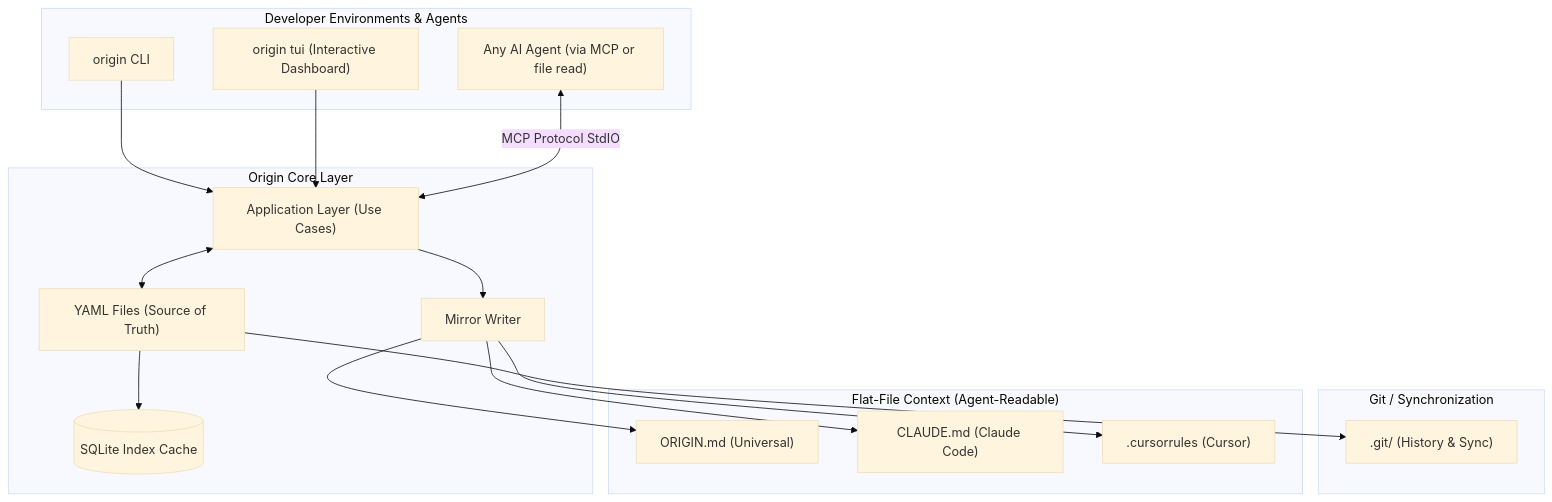
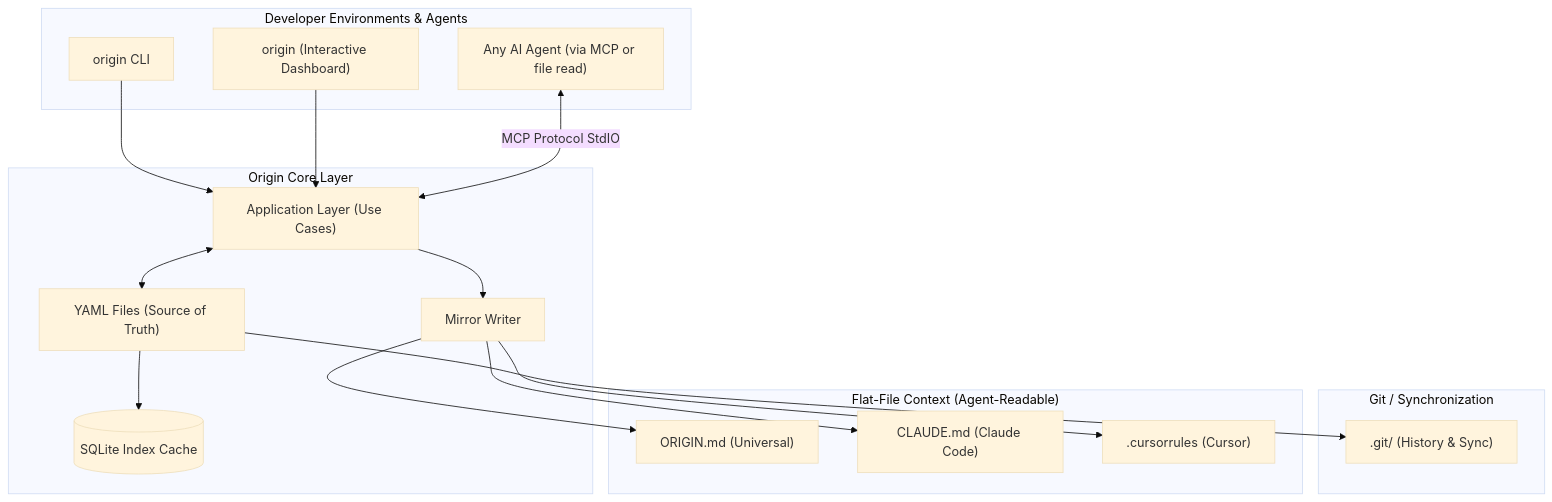
The first of 2 diagrams in README.md (sohmxdd/Origin), drawn with Mermaid (base theme) before and after one commit. The commit also changed other lines of this file, not shown here.

Commit message:
docs: update README.md with v2 TUI architecture, new keybindings, and improved emojis

````diff
--- a/README.md
+++ b/README.md
@@ -17,36 +17,36 @@
 ```mermaid
 graph TD
     subgraph Client ["Developer Environments & Agents"]
         CLI["origin CLI"]
-        TUI["origin tui (Interactive Dashboard)"]
+        TUI["origin (Interactive Dashboard)"]
         Agent["Any AI Agent (via MCP or file read)"]
     end
 
     subgraph OriginCore ["Origin Core Layer"]
         App["Application Layer (Use Cases)"]
         YAML["YAML Files (Source of Truth)"]
         DB[(SQLite Index Cache)]
         Mirror["Mirror Writer"]
     end
 
     subgraph Git ["Git / Synchronization"]
         Repo[".git/ (History & Sync)"]
     end
 
     subgraph Exports ["Flat-File Context (Agent-Readable)"]
         Generic["ORIGIN.md (Universal)"]
         CLAUDE["CLAUDE.md (Claude Code)"]
         Cursor[".cursorrules (Cursor)"]
     end
 
     CLI --> App
     TUI --> App
     Agent <-->|MCP Protocol StdIO| App
     App <--> YAML
     YAML --> DB
     App --> Mirror
     Mirror --> Generic
     Mirror --> CLAUDE
     Mirror --> Cursor
     YAML --> Repo
 ```
````
